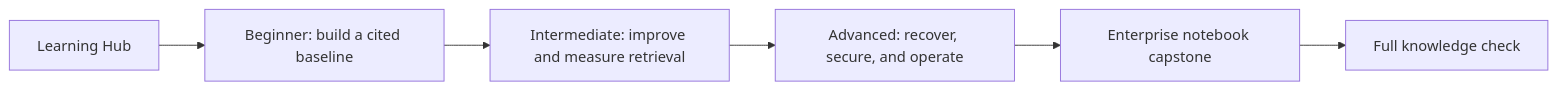
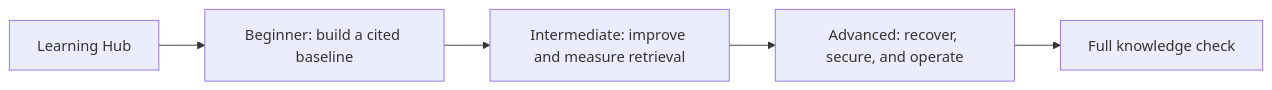
The diagram in COURSE_MAP.md (mahsa-teimourikia/awesome-rag), drawn with Mermaid before and after one commit. The commit also changed other lines of this file and 197 other files, not shown here.

````diff
--- a/COURSE_MAP.md
+++ b/COURSE_MAP.md
@@ -7,8 +7,7 @@
 ```mermaid
 flowchart LR
   H[Learning Hub] --> B[Beginner: build a cited baseline]
   B --> I[Intermediate: improve and measure retrieval]
   I --> A[Advanced: recover, secure, and operate]
-  A --> E[Enterprise notebook capstone]
-  E --> Q[Full knowledge check]
+  A --> Q[Full knowledge check]
 ```
````
